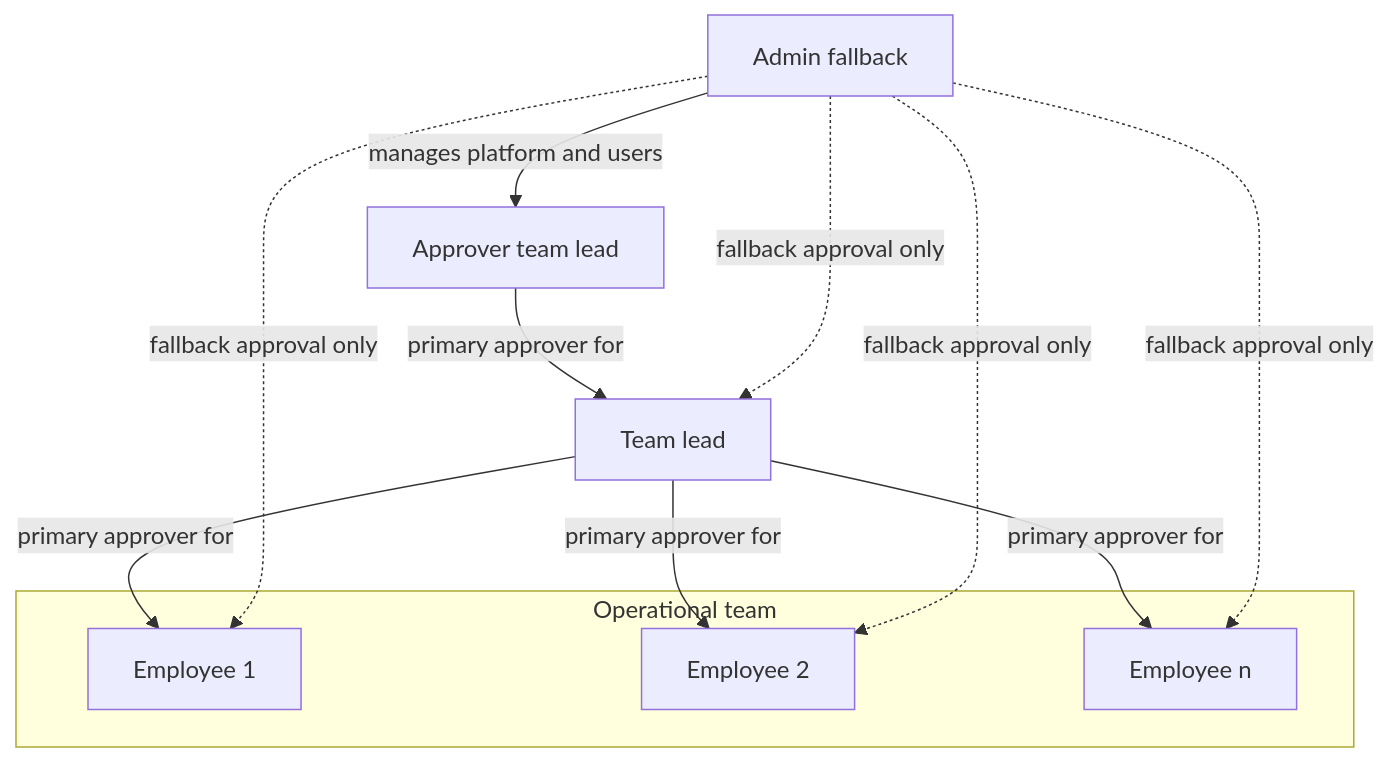
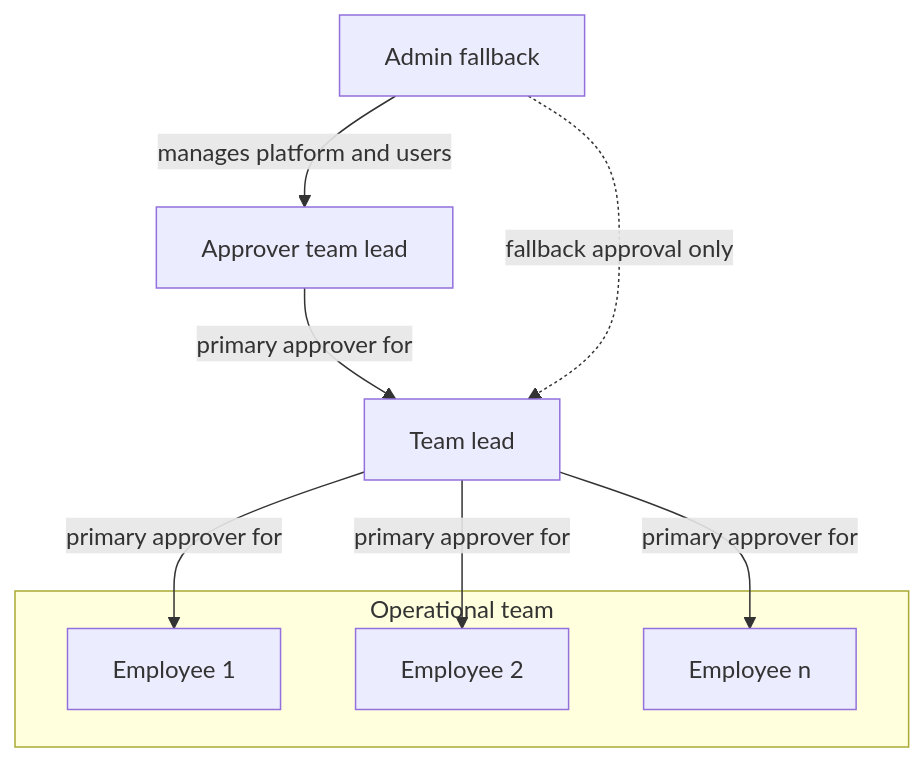
The first of 2 diagrams in README.md (ramteid/zerf-time-absence-management), drawn with Mermaid before and after one commit. The commit also changed other lines of this file and 3 other files, not shown here.

````diff
--- a/README.md
+++ b/README.md
@@ -35,23 +36,20 @@
 ```mermaid
 flowchart TD
 	Admin[Admin fallback]
 	LeadB[Approver team lead]
 	LeadA[Team lead]
 
 	subgraph TeamGroup[Operational team]
 		E1[Employee 1]
 		E2[Employee 2]
 		EN[Employee n]
 	end
 
 	LeadA -->|primary approver for| E1
 	LeadA -->|primary approver for| E2
 	LeadA -->|primary approver for| EN
 	LeadB -->|primary approver for| LeadA
 
 	Admin -->|manages platform and users| LeadB
-	Admin -. fallback approval only .-> E1
-	Admin -. fallback approval only .-> E2
-	Admin -. fallback approval only .-> EN
 	Admin -. fallback approval only .-> LeadA
 ```
````
